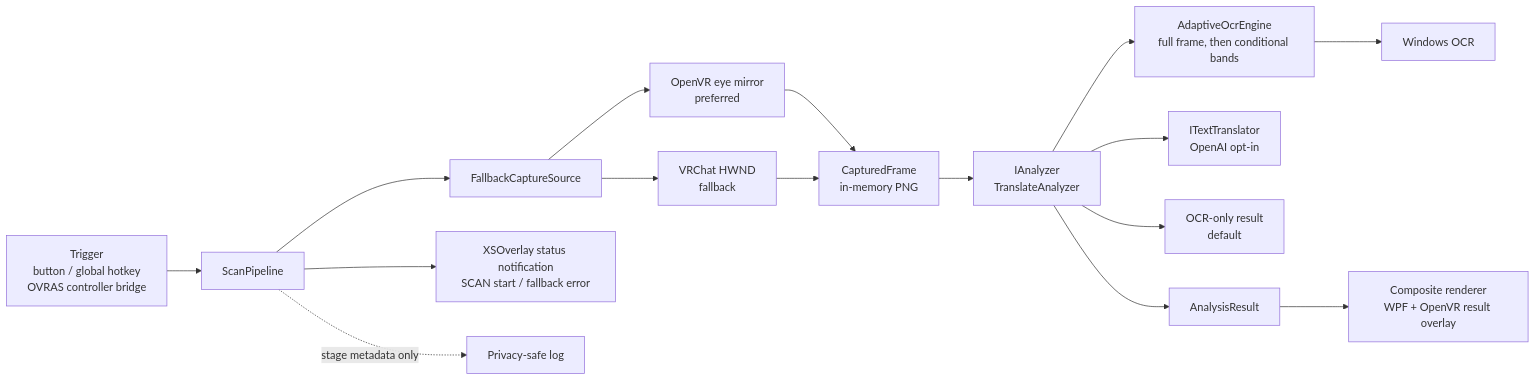
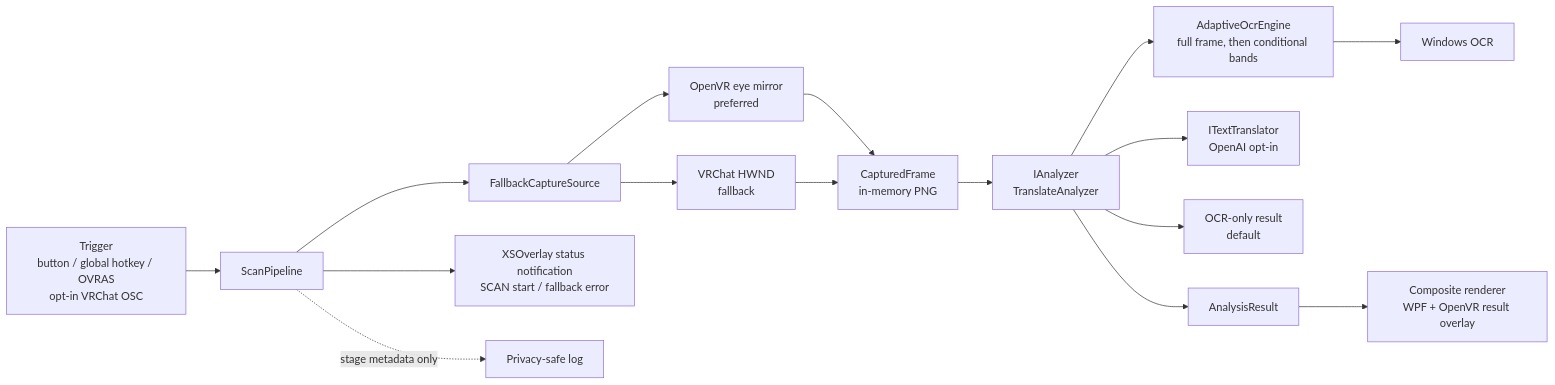
Before and after one commit to Na2ki-BB/vrchat-visual-assistant: the diagram in DESIGN.md, drawn with Mermaid. The commit also changed other lines of this file and 13 other files, not shown here.

Commit message:
Add OSCQuery avatar scan trigger

````diff
--- a/DESIGN.md
+++ b/DESIGN.md
@@ -208,18 +208,18 @@
 ```mermaid
 flowchart LR
-    T[Trigger<br/>button / global hotkey<br/>OVRAS controller bridge] --> P[ScanPipeline]
+    T[Trigger<br/>button / global hotkey / OVRAS<br/>opt-in VRChat OSC] --> P[ScanPipeline]
     P --> C[FallbackCaptureSource]
     C --> E[OpenVR eye mirror<br/>preferred]
     C --> H[VRChat HWND<br/>fallback]
     E --> F[CapturedFrame<br/>in-memory PNG]
     H --> F
     F --> A[IAnalyzer<br/>TranslateAnalyzer]
     A --> O[AdaptiveOcrEngine<br/>full frame, then conditional bands]
     O --> W[Windows OCR]
     A --> X[ITextTranslator<br/>OpenAI opt-in]
     A --> N[OCR-only result<br/>default]
     A --> R[AnalysisResult]
     R --> V[Composite renderer<br/>WPF + OpenVR result overlay]
     P --> S[XSOverlay status notification<br/>SCAN start / fallback error]
     P -. stage metadata only .-> L[Privacy-safe log]
 ```
````
